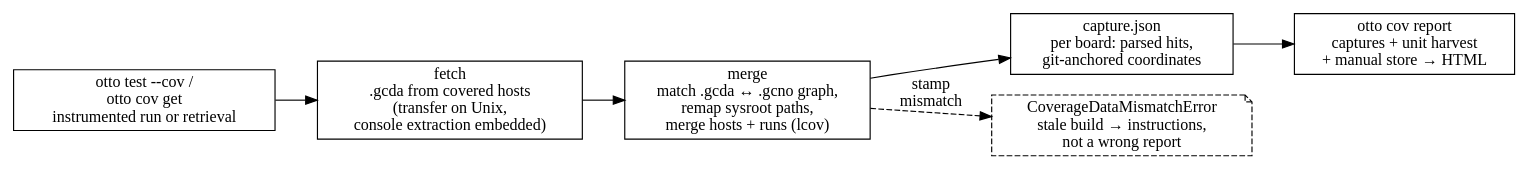
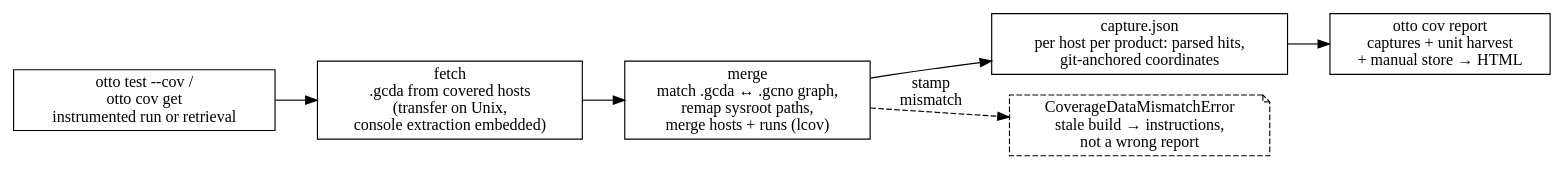
One commit to ludachrish3/otto-sh changed the diagram in docs/architecture/subsystems/coverage/index.md. Above: the diagram before and after it, drawn with Graphviz. The commit also changed other lines of this file and 144 other files, not shown here.

````diff
--- a/docs/architecture/subsystems/coverage/index.md
+++ b/docs/architecture/subsystems/coverage/index.md
@@ -9,16 +9,16 @@
 ```{graphviz}
 digraph coverage {
     rankdir=LR;
     node [shape=box];
 
     test [label="otto test --cov /\notto cov get\ninstrumented run or retrieval"];
     fetch [label="fetch\n.gcda from covered hosts\n(transfer on Unix,\nconsole extraction embedded)"];
     merge [label="merge\nmatch .gcda ↔ .gcno graph,\nremap sysroot paths,\nmerge hosts + runs (lcov)"];
-    capture [label="capture.json\nper board: parsed hits,\ngit-anchored coordinates"];
+    capture [label="capture.json\nper host per product: parsed hits,\ngit-anchored coordinates"];
     render [label="otto cov report\ncaptures + unit harvest\n+ manual store → HTML"];
     err [label="CoverageDataMismatchError\nstale build → instructions,\nnot a wrong report", shape=note, style=dashed];
 
     test -> fetch -> merge -> capture -> render;
     merge -> err [style=dashed, label=" stamp\nmismatch"];
 }
 ```
````
